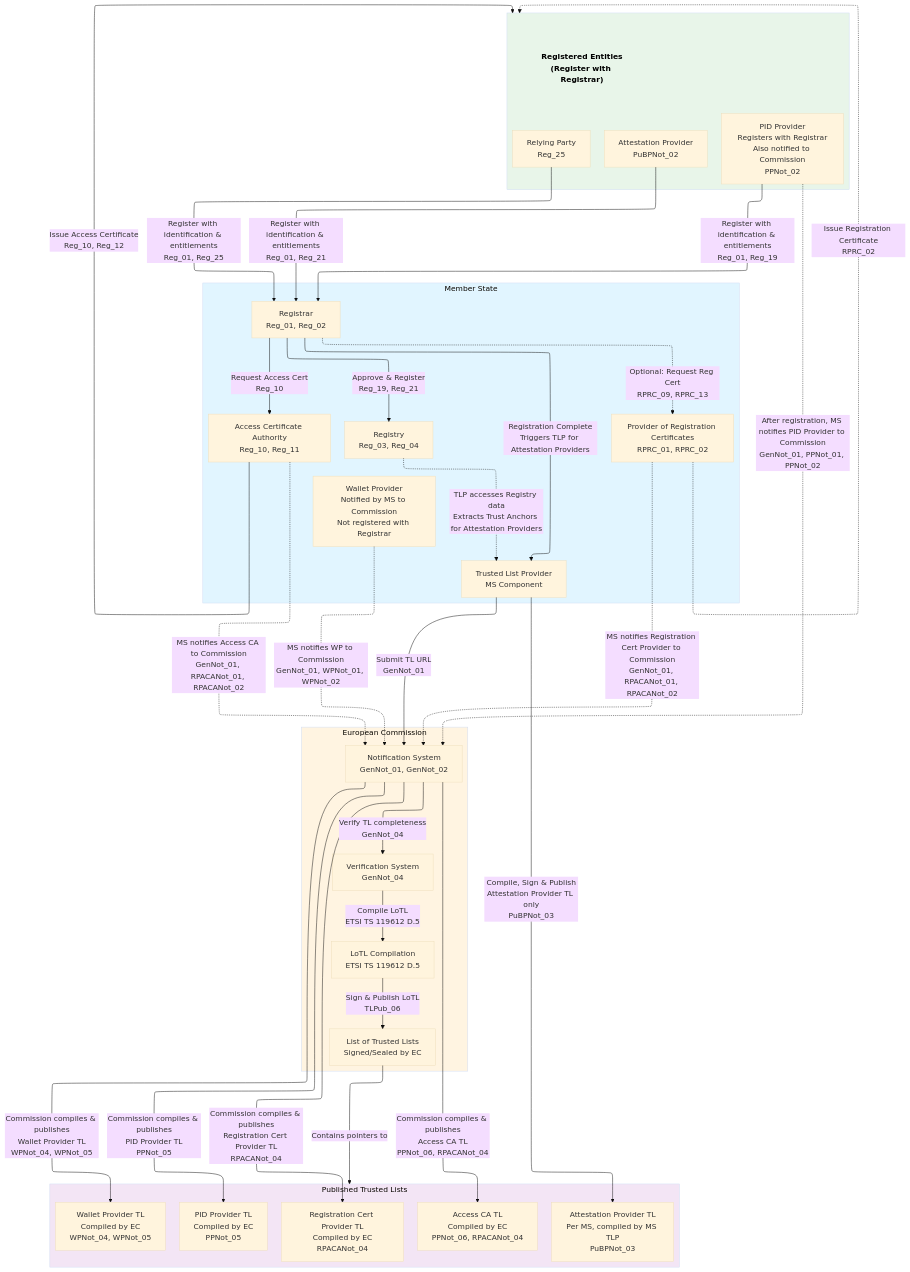
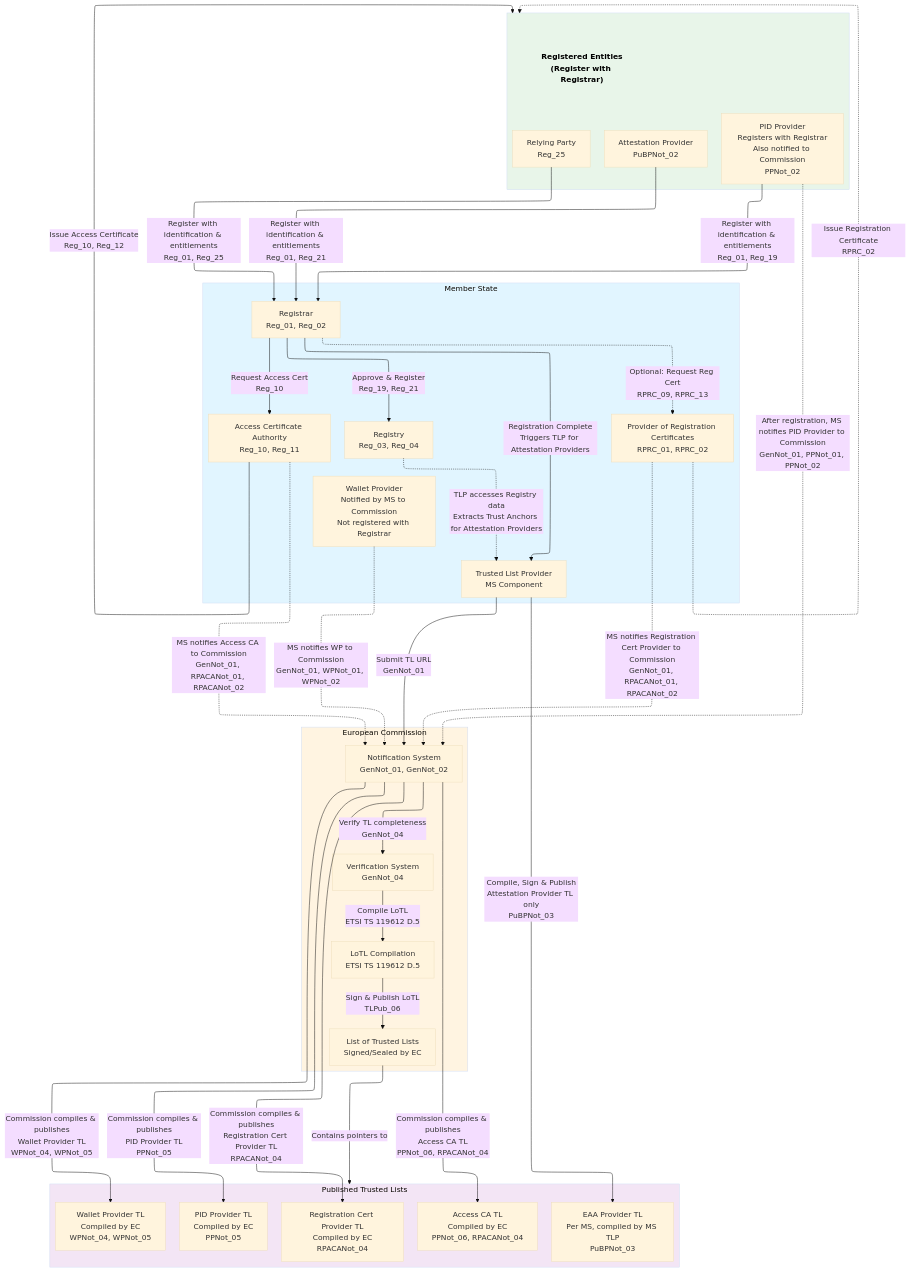
The first of 7 diagrams in task2-trust-framework/trust-infrastructure-schema.md (webuild-consortium/wp4-trust-group), drawn with Mermaid (base theme) before and after one commit. The commit also changed other lines of this file, not shown here.

Commit message:
fix: ambiguities about attestation providers only TLP

```diff
--- a/task2-trust-framework/trust-infrastructure-schema.md
+++ b/task2-trust-framework/trust-infrastructure-schema.md
@@ -245,7 +245,7 @@
     subgraph TL["Published Trusted Lists"]
         WPTL[Wallet Provider TL<br/>Compiled by EC<br/>WPNot_04, WPNot_05]
         PIDTL[PID Provider TL<br/>Compiled by EC<br/>PPNot_05]
-        APTL[Attestation Provider TL<br/>Per MS, compiled by MS TLP<br/>PuBPNot_03]
+        APTL[EAA Provider TL<br/>Per MS, compiled by MS TLP<br/>PuBPNot_03]
         ACATL[Access CA TL<br/>Compiled by EC<br/>PPNot_06, RPACANot_04]
         RegCertTL[Registration Cert Provider TL<br/>Compiled by EC<br/>RPACANot_04]
     end
```
